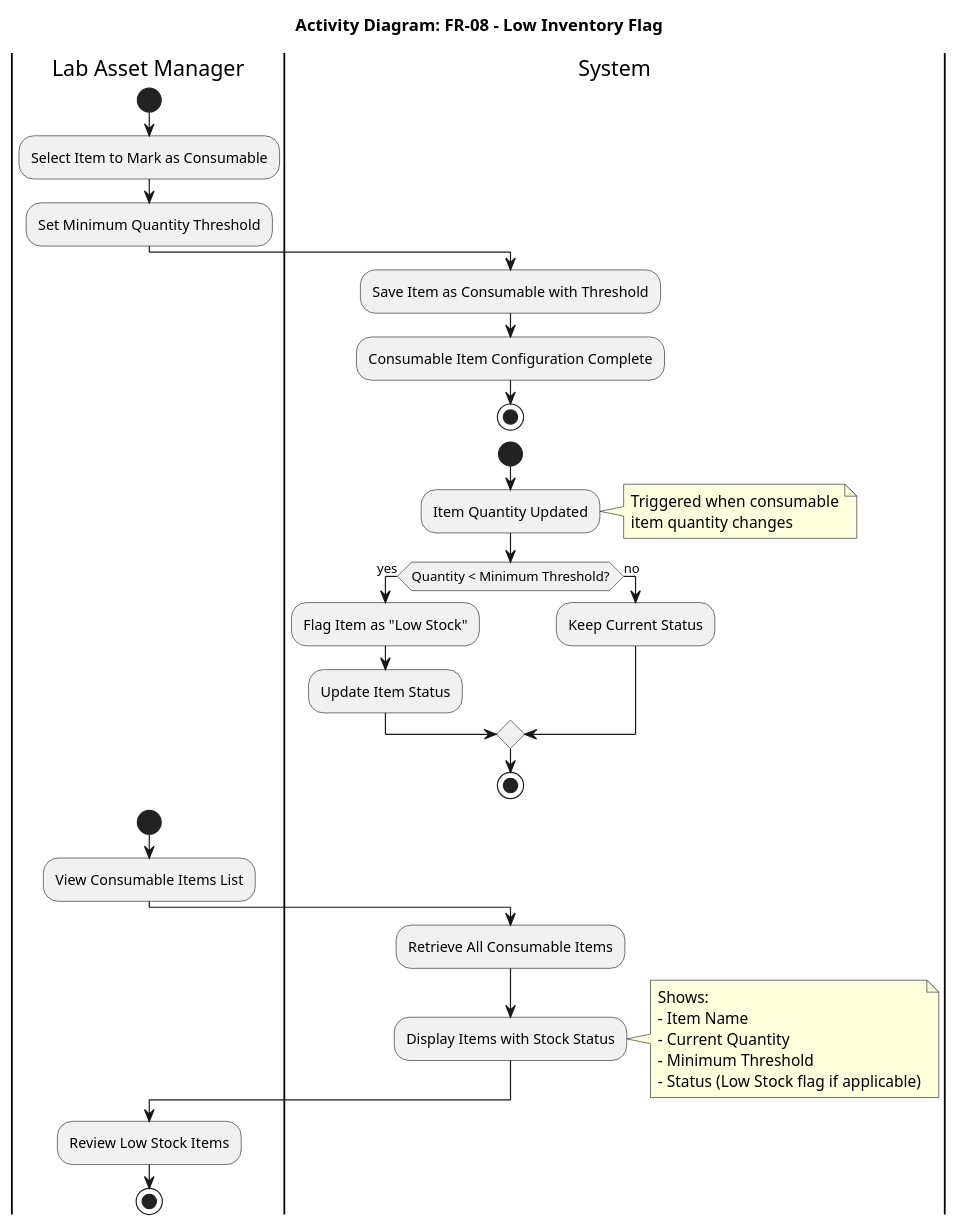
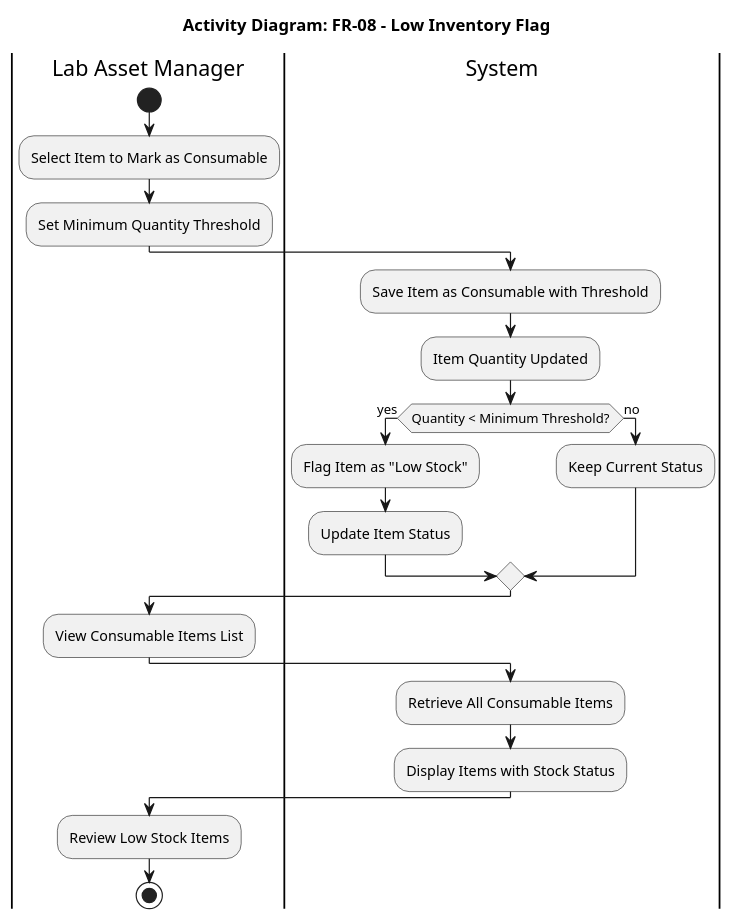
Before and after one commit to Farzaanw/Lab-Asset-Management-System: the diagram in design/activity_diagrams/AD-08 Low Inventory Flag.puml, drawn with PlantUML.

Commit message:
Update AD-08 Low Inventory Flag.puml
implemented quinn's changes to have only one start node

```diff
--- a/design/activity_diagrams/AD-08 Low Inventory Flag.puml
+++ b/design/activity_diagrams/AD-08 Low Inventory Flag.puml
@@ -1,61 +1,30 @@
-@startuml FR-08_Basic_Inventory_Alerts
-
+@startuml
 title Activity Diagram: FR-08 - Low Inventory Flag
 
 |Lab Asset Manager|
 start
-
 :Select Item to Mark as Consumable;
-
 :Set Minimum Quantity Threshold;
 
 |System|
 :Save Item as Consumable with Threshold;
-
-:Consumable Item Configuration Complete;
-
-stop
-
-|System|
-start
-
 :Item Quantity Updated;
-note right
-  Triggered when consumable
-  item quantity changes
-end note
 
 if (Quantity < Minimum Threshold?) then (yes)
   :Flag Item as "Low Stock";
-  
   :Update Item Status;
-  
 else (no)
   :Keep Current Status;
 endif
 
-stop
-
 |Lab Asset Manager|
-start
-
 :View Consumable Items List;
 
 |System|
 :Retrieve All Consumable Items;
-
 :Display Items with Stock Status;
-note right
-  Shows:
-  - Item Name
-  - Current Quantity
-  - Minimum Threshold
-  - Status (Low Stock flag if applicable)
-end note
 
 |Lab Asset Manager|
 :Review Low Stock Items;
-
 stop
-
 @enduml
```
